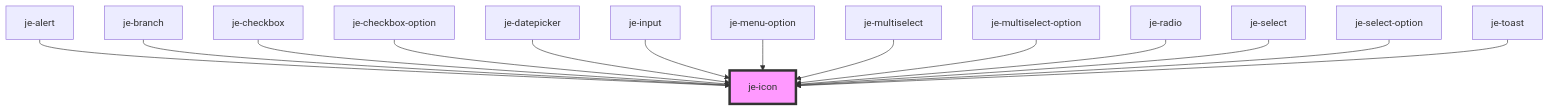
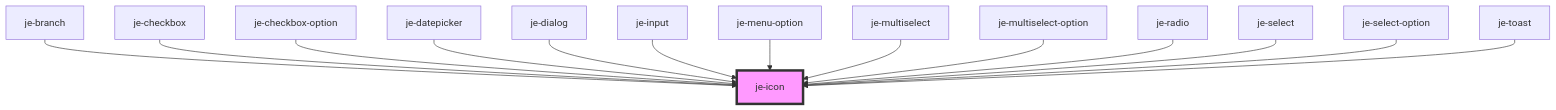
The diagram in packages/docs/docs/components/je-icon/readme.md (pgreen00/jebamo), drawn with Mermaid before and after one commit. The commit also changed other lines of this file and 23 other files, not shown here.

````diff
--- a/packages/docs/docs/components/je-icon/readme.md
+++ b/packages/docs/docs/components/je-icon/readme.md
@@ -48,17 +38,17 @@
 ```mermaid
 graph TD;
-  je-alert --> je-icon
   je-branch --> je-icon
   je-checkbox --> je-icon
   je-checkbox-option --> je-icon
   je-datepicker --> je-icon
+  je-dialog --> je-icon
   je-input --> je-icon
   je-menu-option --> je-icon
   je-multiselect --> je-icon
   je-multiselect-option --> je-icon
   je-radio --> je-icon
   je-select --> je-icon
   je-select-option --> je-icon
   je-toast --> je-icon
   style je-icon fill:#f9f,stroke:#333,stroke-width:4px
 ```
````
